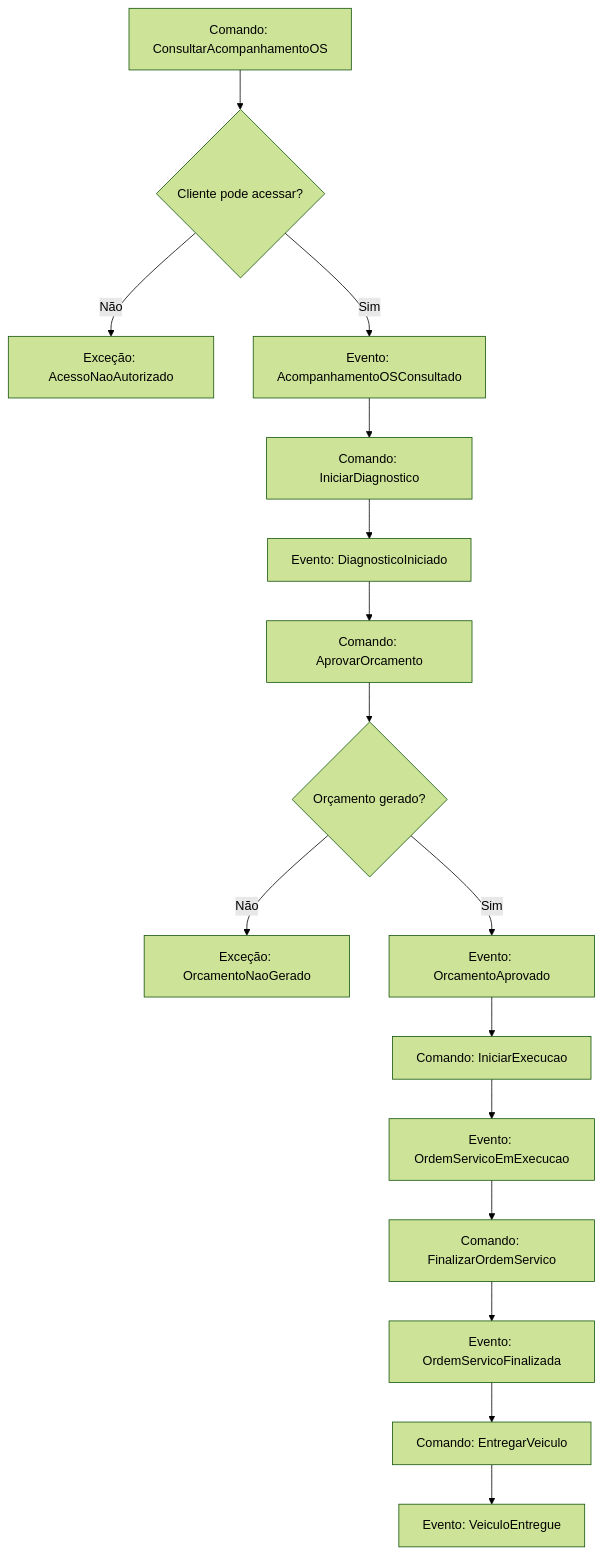
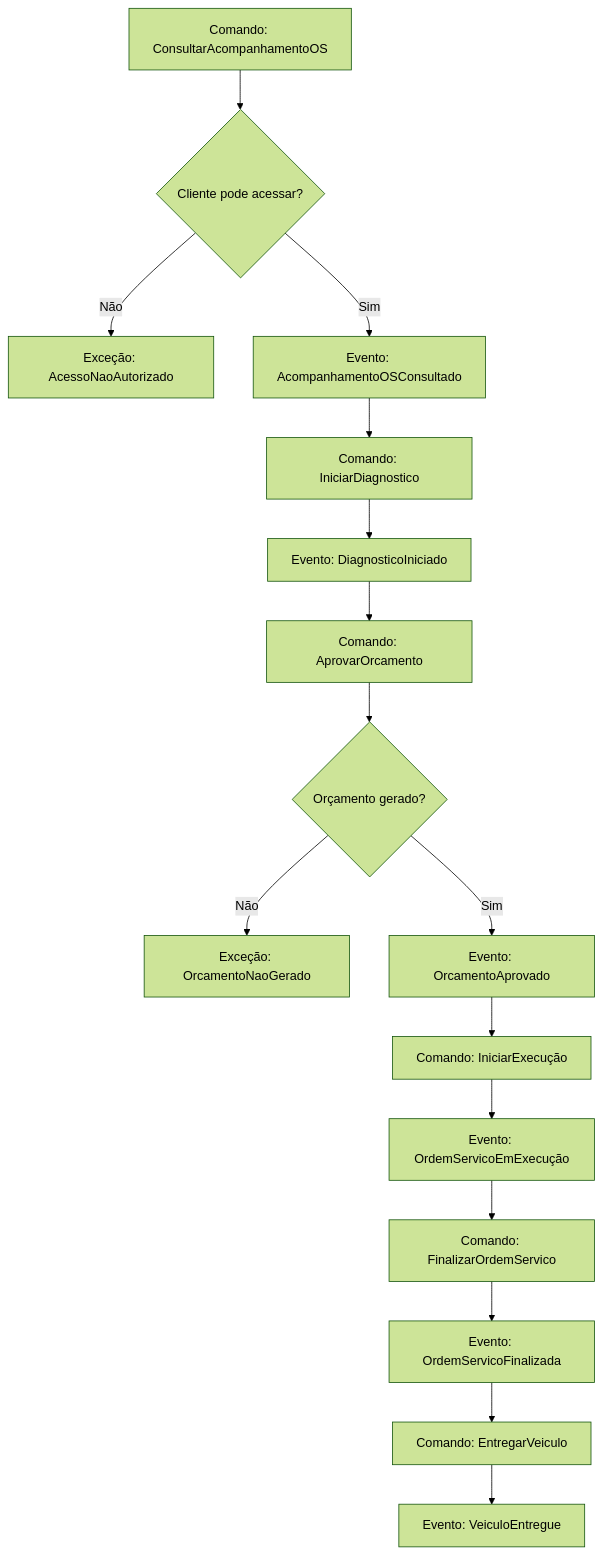
One commit to yxsbx/SOAT-FIAP changed the second of 4 diagrams in docs/EVENT_STORMING.md. Above: the diagram before and after it, drawn with Mermaid (forest theme). The commit also changed other lines of this file and 30 other files, not shown here.

````diff
--- a/docs/EVENT_STORMING.md
+++ b/docs/EVENT_STORMING.md
@@ -386,18 +386,18 @@
 ```mermaid
 flowchart TD
     C1["Comando: ConsultarAcompanhamentoOS"] --> D1{Cliente pode acessar?}
     D1 -- "Não" --> X1["Exceção: AcessoNaoAutorizado"]
     D1 -- "Sim" --> E1["Evento: AcompanhamentoOSConsultado"]
     E1 --> C2["Comando: IniciarDiagnostico"]
     C2 --> E2["Evento: DiagnosticoIniciado"]
     E2 --> C3["Comando: AprovarOrcamento"]
     C3 --> D2{Orçamento gerado?}
     D2 -- "Não" --> X2["Exceção: OrcamentoNaoGerado"]
     D2 -- "Sim" --> E3["Evento: OrcamentoAprovado"]
-    E3 --> C4["Comando: IniciarExecucao"]
-    C4 --> E4["Evento: OrdemServicoEmExecucao"]
+    E3 --> C4["Comando: IniciarExecução"]
+    C4 --> E4["Evento: OrdemServicoEmExecução"]
     E4 --> C5["Comando: FinalizarOrdemServico"]
     C5 --> E5["Evento: OrdemServicoFinalizada"]
     E5 --> C6["Comando: EntregarVeiculo"]
     C6 --> E6["Evento: VeiculoEntregue"]
 ```
````
